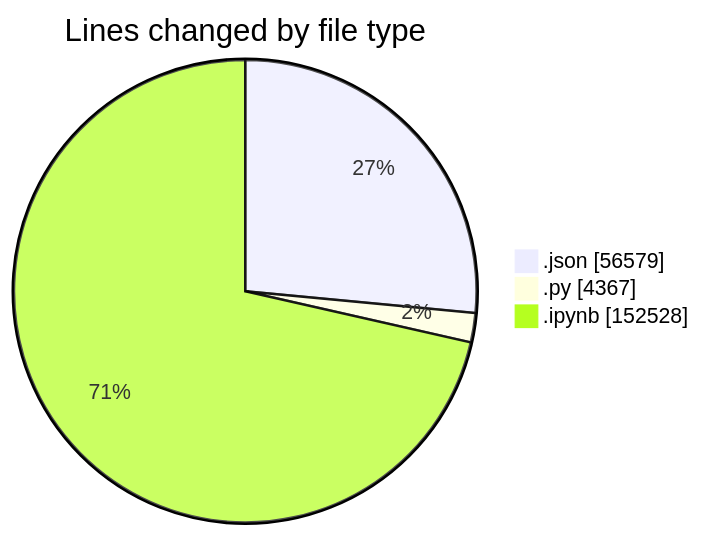
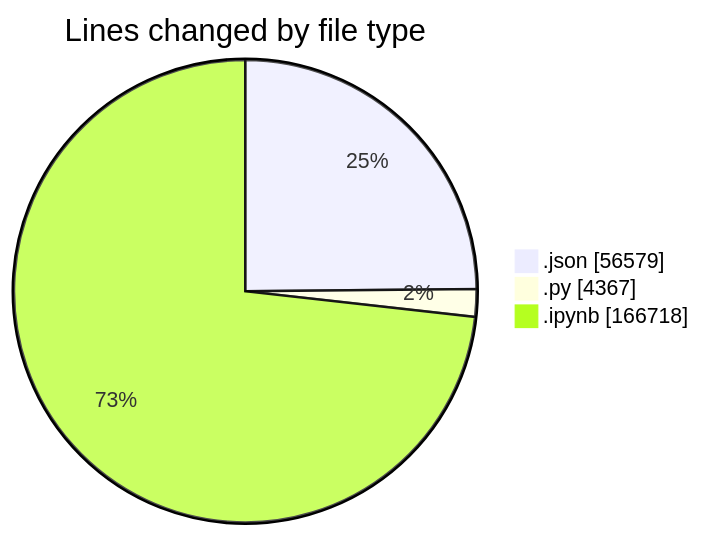
Before and after one commit to MatusMokan/code-tracking: the first of 2 diagrams in 2025-10-04/untitled__workspace_/README.md, drawn with Mermaid. The commit also changed other lines of this file and 1 other file, not shown here.

````diff
--- a/2025-10-04/untitled__workspace_/README.md
+++ b/2025-10-04/untitled__workspace_/README.md
@@ -36,7 +36,7 @@
 ```mermaid
 pie showData
 title Lines changed by file type
 ".json" : 56579
 ".py" : 4367
-".ipynb" : 152528
+".ipynb" : 166718
 ```
````
